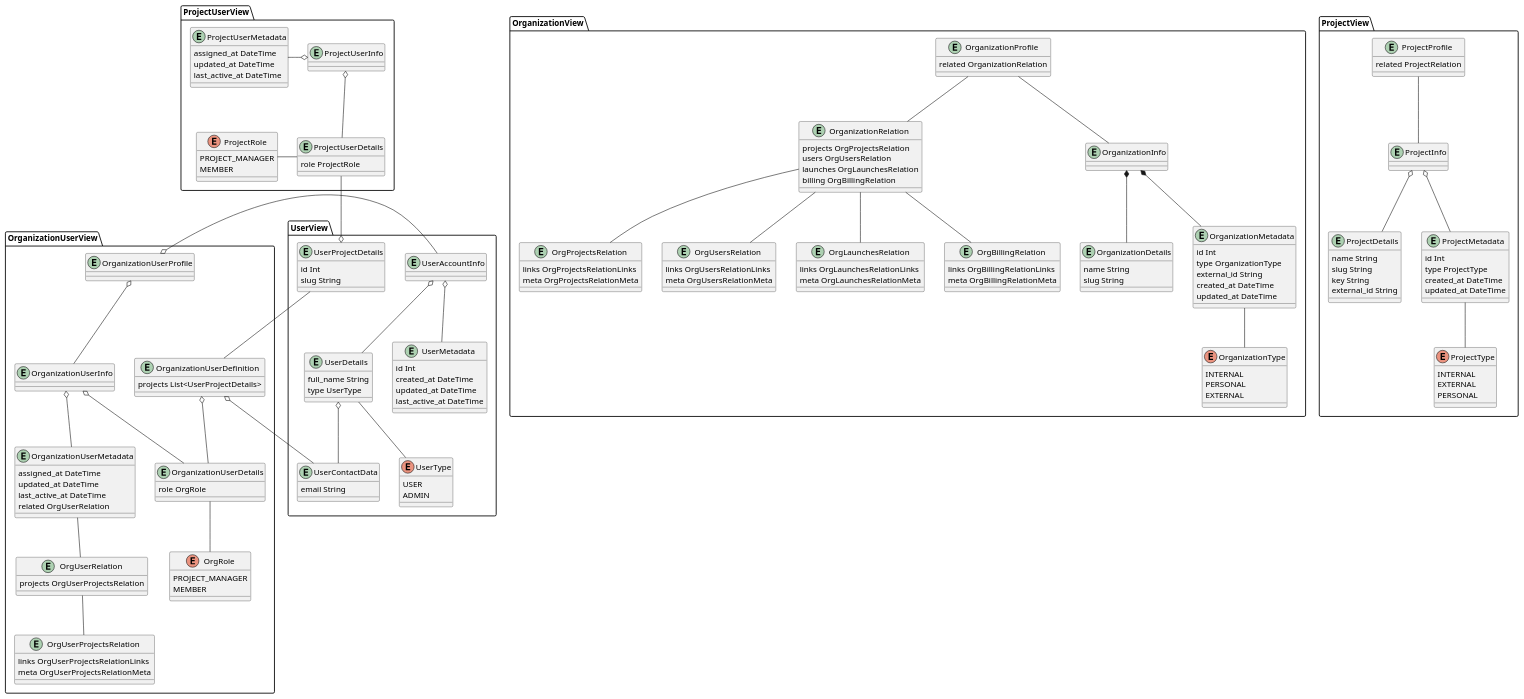
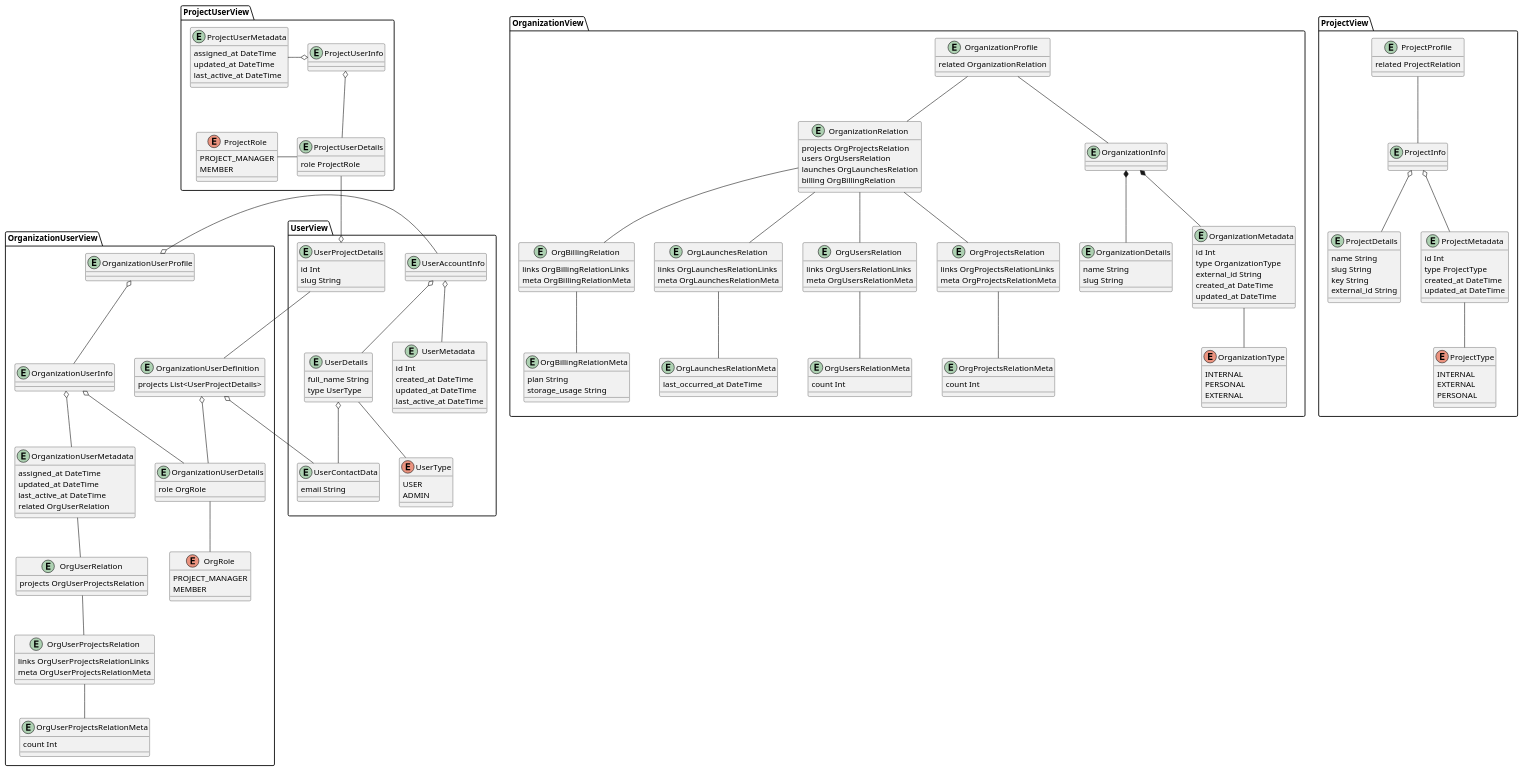
One commit to reportportal/api-registry changed the diagram in docs/organizations/orgnizations.puml. Above: the diagram before and after it, drawn with PlantUML.

Commit message:
Add meta entities for relations in organizations and organization users

```diff
--- a/docs/organizations/orgnizations.puml
+++ b/docs/organizations/orgnizations.puml
@@ -43,11 +43,21 @@
   }
   OrgProjectsRelation -up- OrganizationRelation
 
+  entity OrgProjectsRelationMeta {
+    count Int
+  }
+  OrgProjectsRelationMeta -up- OrgProjectsRelation
+
   entity OrgUsersRelation {
     links OrgUsersRelationLinks
     meta OrgUsersRelationMeta
   }
   OrgUsersRelation -up- OrganizationRelation
+
+  entity OrgUsersRelationMeta {
+    count Int
+  }
+  OrgUsersRelationMeta -up- OrgUsersRelation
 
   entity OrgLaunchesRelation {
     links OrgLaunchesRelationLinks
@@ -55,11 +65,22 @@
   }
   OrgLaunchesRelation -up- OrganizationRelation
 
+  entity OrgLaunchesRelationMeta {
+    last_occurred_at DateTime
+  }
+  OrgLaunchesRelationMeta -up- OrgLaunchesRelation
+
   entity OrgBillingRelation {
     links OrgBillingRelationLinks
     meta OrgBillingRelationMeta
   }
   OrgBillingRelation -up- OrganizationRelation
+
+  entity OrgBillingRelationMeta {
+    plan String
+    storage_usage String
+  }
+  OrgBillingRelationMeta -up- OrgBillingRelation
 
   enum OrganizationType {
     INTERNAL
@@ -104,6 +125,11 @@
     meta OrgUserProjectsRelationMeta
   }
   OrgUserProjectsRelation -up- OrgUserRelation
+
+  entity OrgUserProjectsRelationMeta {
+    count Int
+  }
+  OrgUserProjectsRelationMeta -up- OrgUserProjectsRelation
 
   entity OrganizationUserDefinition {
     projects List<UserProjectDetails>
```
